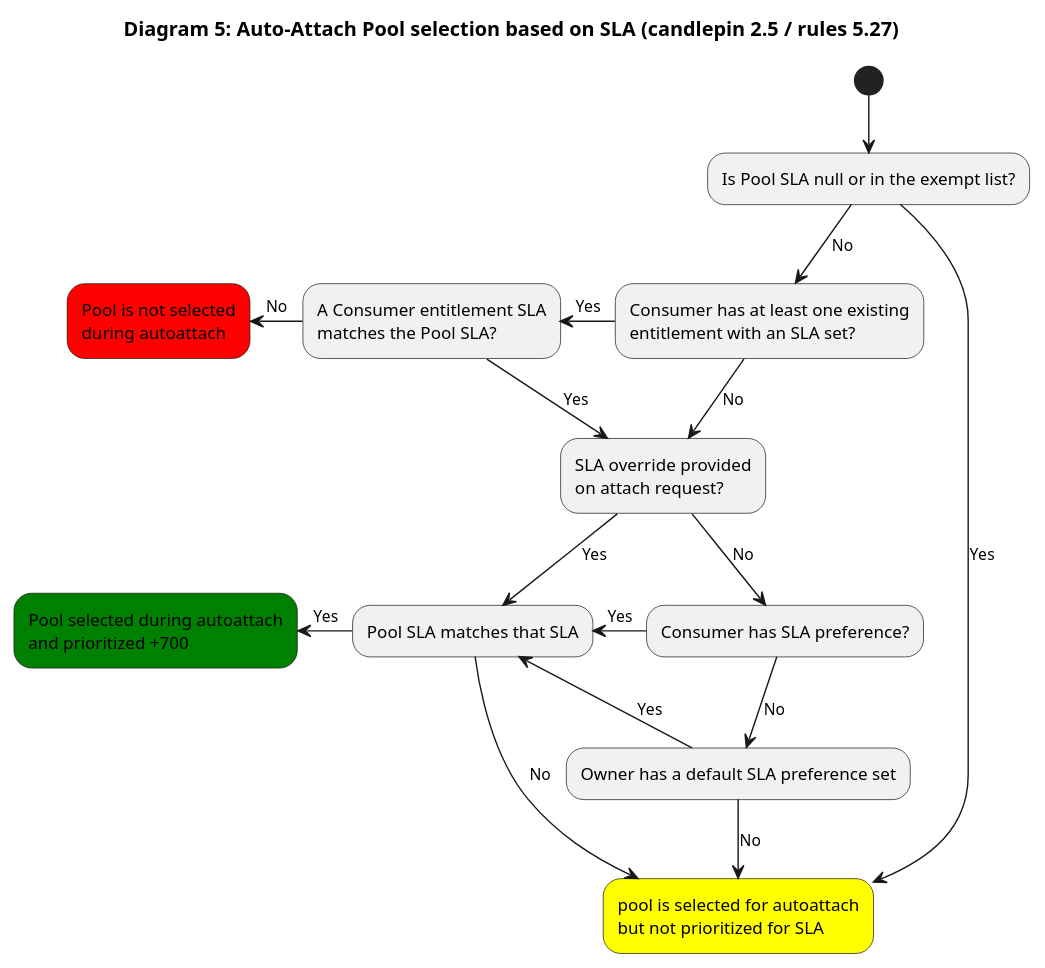
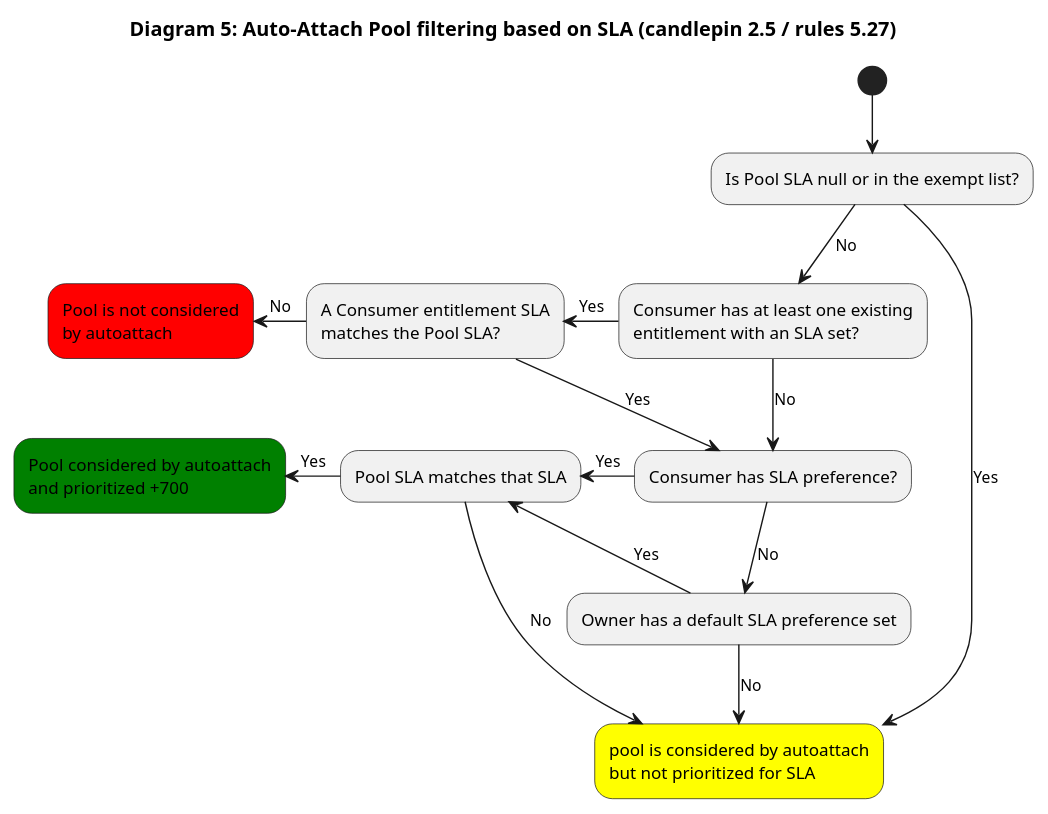
Before and after one commit to candlepin/candlepin.github.io: the fifth of 5 diagrams in docs/candlepin/autoattach.md, drawn with PlantUML. The commit also changed other lines of this file, not shown here.

First line of the commit message:
Update Autoattach page regarding syspurpose; ENT-1220

```diff
--- a/docs/candlepin/autoattach.md
+++ b/docs/candlepin/autoattach.md
@@ -163,28 +165,25 @@
 {% plantuml %}
 
-title Diagram 5: Auto-Attach Pool selection based on SLA (candlepin 2.5 / rules 5.27)
+title Diagram 5: Auto-Attach Pool filtering based on SLA (candlepin 2.5 / rules 5.27)
 
 (*) --> "Is Pool SLA null or in the exempt list?" as is_pool_sla_null_or_exempt
 
-is_pool_sla_null_or_exempt --> [Yes] "pool is selected for autoattach\nbut not prioritized for SLA" as selected_non_prioritized #yellow
+is_pool_sla_null_or_exempt --> [Yes] "pool is considered by autoattach\nbut not prioritized for SLA" as considered_non_prioritized #yellow
 is_pool_sla_null_or_exempt --> [No] "Consumer has at least one existing\nentitlement with an SLA set?" as consumer_has_existing_entitlement_with_sla_set
 
 consumer_has_existing_entitlement_with_sla_set -left-> [Yes] "A Consumer entitlement SLA\nmatches the Pool SLA?" as consumer_entitlement_sla_matches_pool_sla
-consumer_has_existing_entitlement_with_sla_set -down-> [No] "SLA override provided\non attach request?" as is_sla_override_provided
+consumer_has_existing_entitlement_with_sla_set -down-> [No] "Consumer has SLA preference?" as consumer_has_sla_preference
 
-consumer_entitlement_sla_matches_pool_sla --> [Yes] is_sla_override_provided
-consumer_entitlement_sla_matches_pool_sla -left-> [No] "Pool is not selected\nduring autoattach" as pool_is_not_selected #red
+consumer_entitlement_sla_matches_pool_sla --> [Yes] consumer_has_sla_preference
+consumer_entitlement_sla_matches_pool_sla -left-> [No] "Pool is not considered\nby autoattach" as pool_is_not_considered #red
 
-is_sla_override_provided --> [Yes] "Pool SLA matches that SLA" as pool_sla_matches_that_sla
-is_sla_override_provided --> [No] "Consumer has SLA preference?" as consumer_has_sla_preference
-
-pool_sla_matches_that_sla -left-> [Yes] "Pool selected during autoattach\nand prioritized +700" as pool_selected_and_prioritized #green
-pool_sla_matches_that_sla --> [No] selected_non_prioritized
-
-consumer_has_sla_preference -left-> [Yes] pool_sla_matches_that_sla
+consumer_has_sla_preference -left-> [Yes] "Pool SLA matches that SLA" as pool_sla_matches_that_sla
 consumer_has_sla_preference --> [No] "Owner has a default SLA preference set" as owner_has_default_sla
 
+pool_sla_matches_that_sla -left-> [Yes] "Pool considered by autoattach\nand prioritized +700" as pool_considered_and_prioritized #green
+pool_sla_matches_that_sla --> [No] considered_non_prioritized
+
 owner_has_default_sla --> [Yes] pool_sla_matches_that_sla
-owner_has_default_sla --> [No] selected_non_prioritized
+owner_has_default_sla --> [No] considered_non_prioritized
 
 {% endplantuml %}
```
